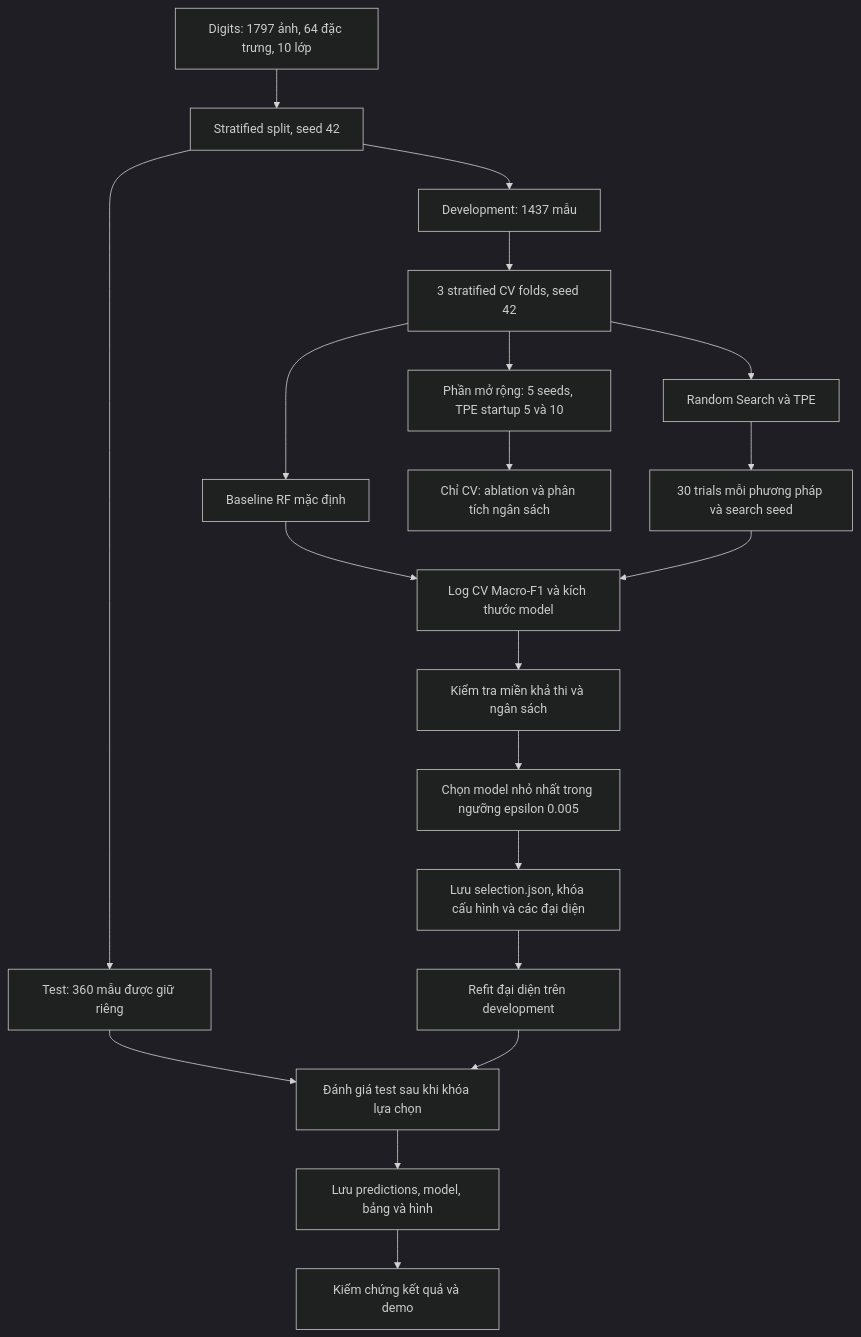
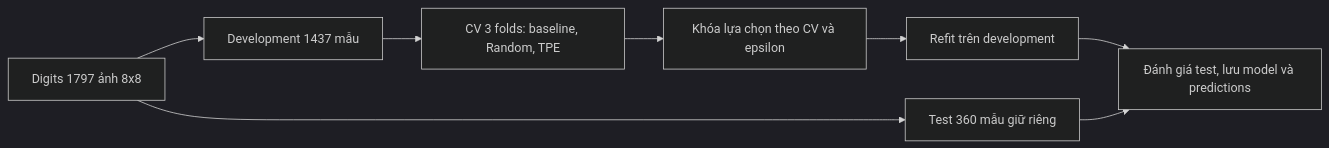
One commit to TienMoi79/digits-rf-optimization changed the diagram in README.md. Above: the diagram before and after it, drawn with Mermaid (dark theme). The commit also changed other lines of this file and 16 other files, not shown here.

````diff
--- a/README.md
+++ b/README.md
@@ -60,22 +34,10 @@
 ```mermaid
-flowchart TD
-    A[Digits: 1797 ảnh, 64 đặc trưng, 10 lớp] --> B[Stratified split, seed 42]
-    B --> C[Development: 1437 mẫu]
-    B --> D[Test: 360 mẫu được giữ riêng]
-    C --> E[3 stratified CV folds, seed 42]
-    E --> F[Baseline RF mặc định]
-    E --> G[Random Search và TPE]
-    G --> H[30 trials mỗi phương pháp và search seed]
-    F --> I[Log CV Macro-F1 và kích thước model]
-    H --> I
-    I --> J[Kiểm tra miền khả thi và ngân sách]
-    J --> K[Chọn model nhỏ nhất trong ngưỡng epsilon 0.005]
-    K --> L[Lưu selection.json, khóa cấu hình và các đại diện]
-    L --> M[Refit đại diện trên development]
-    D --> N[Đánh giá test sau khi khóa lựa chọn]
-    M --> N
-    N --> O[Lưu predictions, model, bảng và hình]
-    O --> P[Kiểm chứng kết quả và demo]
-    E --> Q[Phần mở rộng: 5 seeds, TPE startup 5 và 10]
-    Q --> R[Chỉ CV: ablation và phân tích ngân sách]
+flowchart LR
+    A[Digits 1797 ảnh 8x8] --> B[Development 1437 mẫu]
+    A --> C[Test 360 mẫu giữ riêng]
+    B --> D[CV 3 folds: baseline, Random, TPE]
+    D --> E[Khóa lựa chọn theo CV và epsilon]
+    E --> F[Refit trên development]
+    F --> G[Đánh giá test, lưu model và predictions]
+    C --> G
 ```
````
